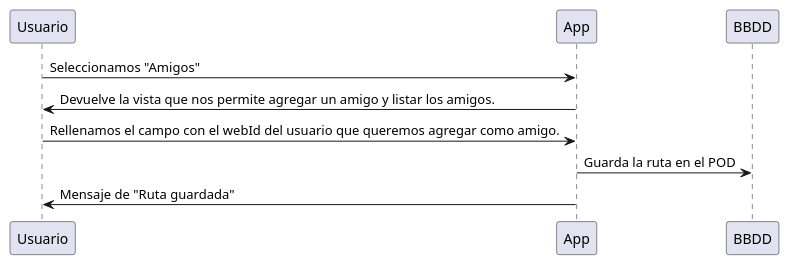
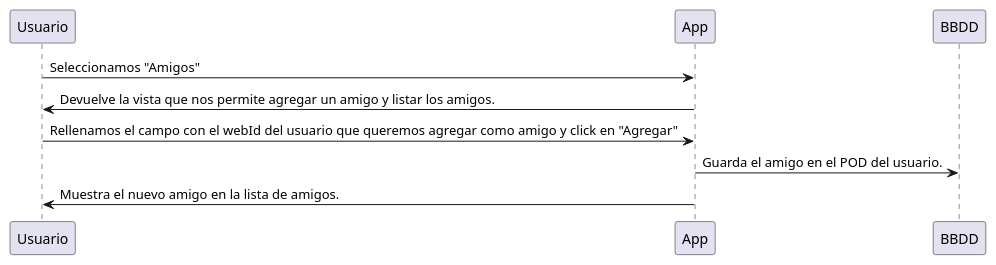
Before and after one commit to Arquisoft/viade_es5b: the fourth of 7 diagrams in src/docs/06_runtime_view.adoc, drawn with PlantUML. The commit also changed other lines of this file, not shown here.

Commit message:
Añadido Compartir ruta

```diff
--- a/src/docs/06_runtime_view.adoc
+++ b/src/docs/06_runtime_view.adoc
@@ -93,8 +93,8 @@
 [plantuml,"DiagramaAgregarAmigoExistente",png]
 ----
 Usuario -> App: Seleccionamos "Amigos"
 App -> Usuario: Devuelve la vista que nos permite agregar un amigo y listar los amigos.
-Usuario -> App: Rellenamos el campo con el webId del usuario que queremos agregar como amigo.
-App -> BBDD: Guarda la ruta en el POD
-App -> Usuario: Mensaje de "Ruta guardada"
+Usuario -> App: Rellenamos el campo con el webId del usuario que queremos agregar como amigo y click en "Agregar"
+App -> BBDD: Guarda el amigo en el POD del usuario.
+App -> Usuario: Muestra el nuevo amigo en la lista de amigos.
 ----
```
